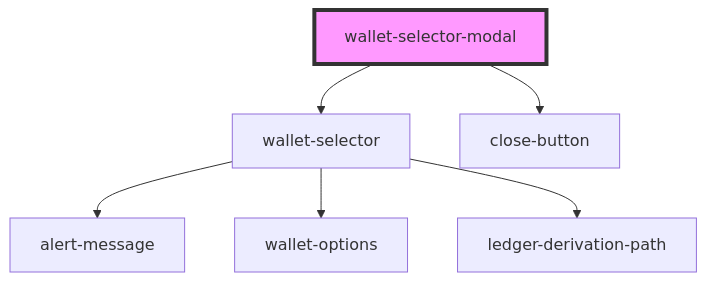
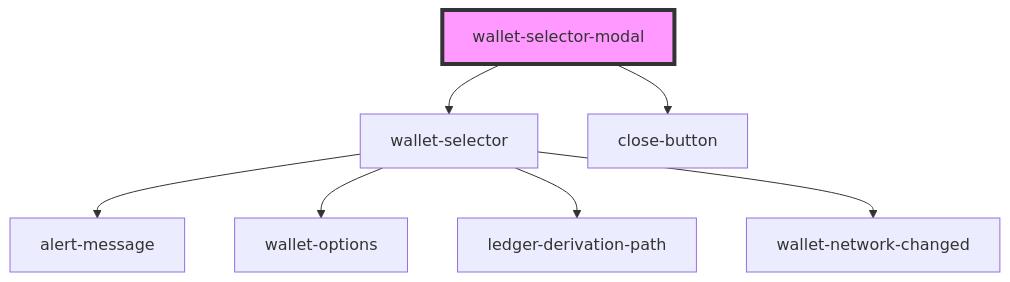
Before and after one commit to near/wallet-selector: the diagram in packages/selector-ui/src/components/wallet-selector-modal/readme.md, drawn with Mermaid. The commit also changed 10 other files, not shown here.

Commit message:
Added wallet-network-changed component

````diff
--- a/packages/selector-ui/src/components/wallet-selector-modal/readme.md
+++ b/packages/selector-ui/src/components/wallet-selector-modal/readme.md
@@ -63,9 +63,10 @@
 ```mermaid
 graph TD;
   wallet-selector-modal --> wallet-selector
   wallet-selector-modal --> close-button
   wallet-selector --> alert-message
   wallet-selector --> wallet-options
   wallet-selector --> ledger-derivation-path
+  wallet-selector --> wallet-network-changed
   style wallet-selector-modal fill:#f9f,stroke:#333,stroke-width:4px
 ```
````
